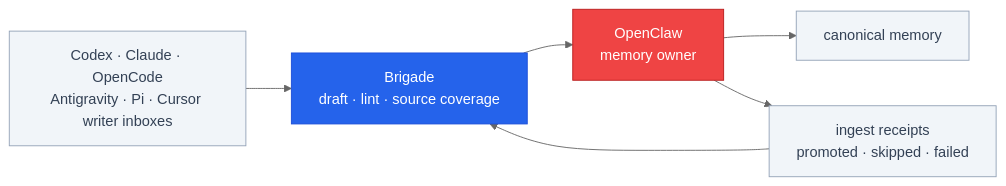
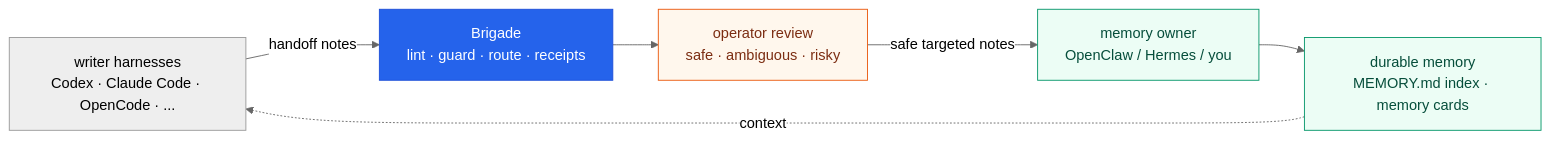
Before and after one commit to escoffier-labs/brigade: the diagram in README.md, drawn with Mermaid (neutral theme). The commit also changed other lines of this file and 3 other files, not shown here.

First line of the commit message:
docs: rewrite README around the origin story and slim roadmap to direction-only

````diff
--- a/README.md
+++ b/README.md
@@ -600,18 +40,19 @@
 ```mermaid
 flowchart LR
-    WRITERS["Codex · Claude · OpenCode<br/>Antigravity · Pi · Cursor writer inboxes"]
-    BRIGADE["Brigade<br/>draft · lint · source coverage"]
-    OPENCLAW["OpenClaw<br/>memory owner"]
-    MEMORY["canonical memory"]
-    RECEIPTS["ingest receipts<br/>promoted · skipped · failed"]
+    WRITERS["writer harnesses<br/>Codex · Claude Code · OpenCode · ..."]
+    BRIGADE["Brigade<br/>lint · guard · route · receipts"]
+    REVIEW["operator review<br/>safe · ambiguous · risky"]
+    OWNER["memory owner<br/>OpenClaw / Hermes / you"]
+    MEM["durable memory<br/>MEMORY.md index · memory cards"]
 
-    WRITERS --> BRIGADE --> OPENCLAW --> MEMORY
-    OPENCLAW --> RECEIPTS --> BRIGADE
+    WRITERS -- handoff notes --> BRIGADE --> REVIEW
+    REVIEW -- safe targeted notes --> OWNER --> MEM
+    MEM -. context .-> WRITERS
 
     classDef brigade fill:#2563eb,stroke:#1d4ed8,color:#fff;
-    classDef owner fill:#ef4444,stroke:#b91c1c,color:#fff;
-    classDef local fill:#f1f5f9,stroke:#94a3b8,color:#334155;
+    classDef memory fill:#ecfdf5,stroke:#059669,color:#064e3b;
+    classDef gate fill:#fff7ed,stroke:#ea580c,color:#7c2d12;
     class BRIGADE brigade;
-    class OPENCLAW owner;
-    class WRITERS,MEMORY,RECEIPTS local;
+    class OWNER,MEM memory;
+    class REVIEW gate;
 ```
````
